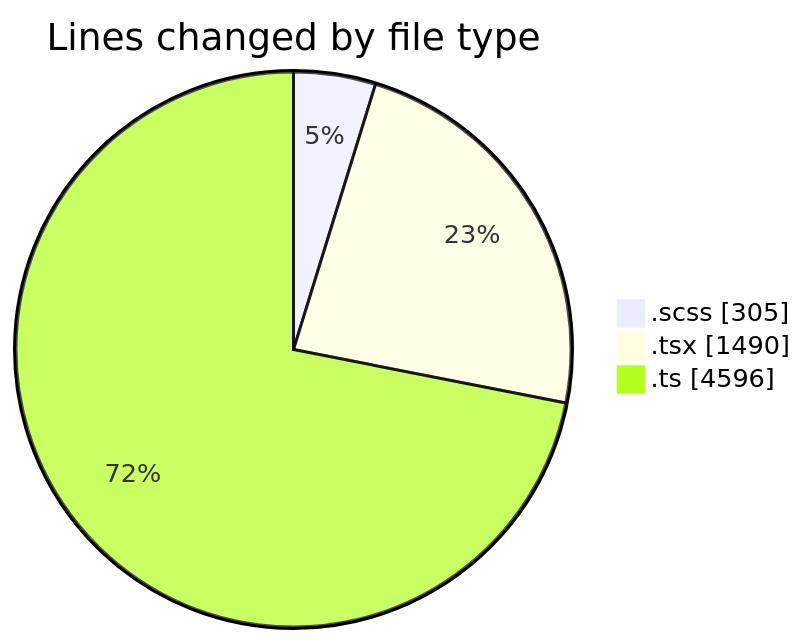
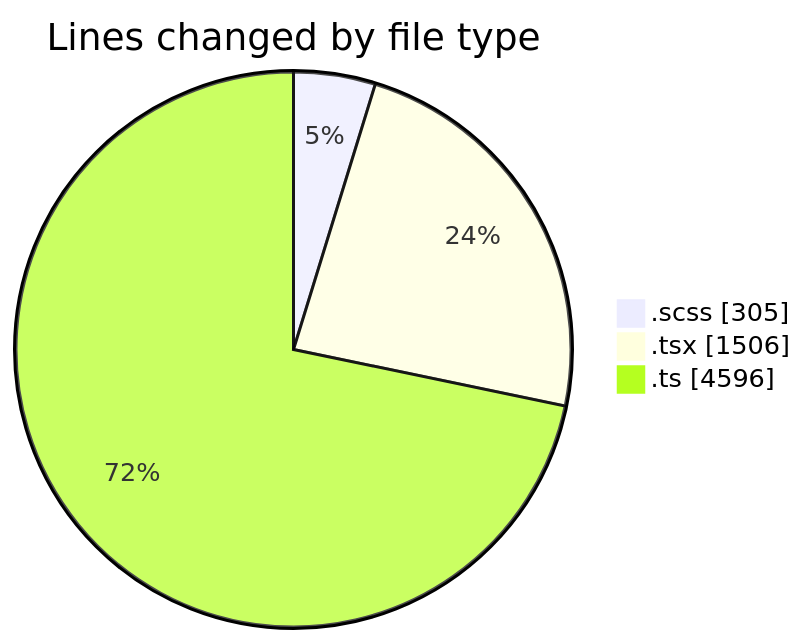
One commit to momahboobian/code-tracking changed the first of 2 diagrams in 2025-03-04/cda/README.md. Above: the diagram before and after it, drawn with Mermaid. The commit also changed other lines of this file and 1 other file, not shown here.

````diff
--- a/2025-03-04/cda/README.md
+++ b/2025-03-04/cda/README.md
@@ -34,7 +34,7 @@
 ```mermaid
 pie showData
 title Lines changed by file type
 ".scss" : 305
-".tsx" : 1490
+".tsx" : 1506
 ".ts" : 4596
 ```
````
